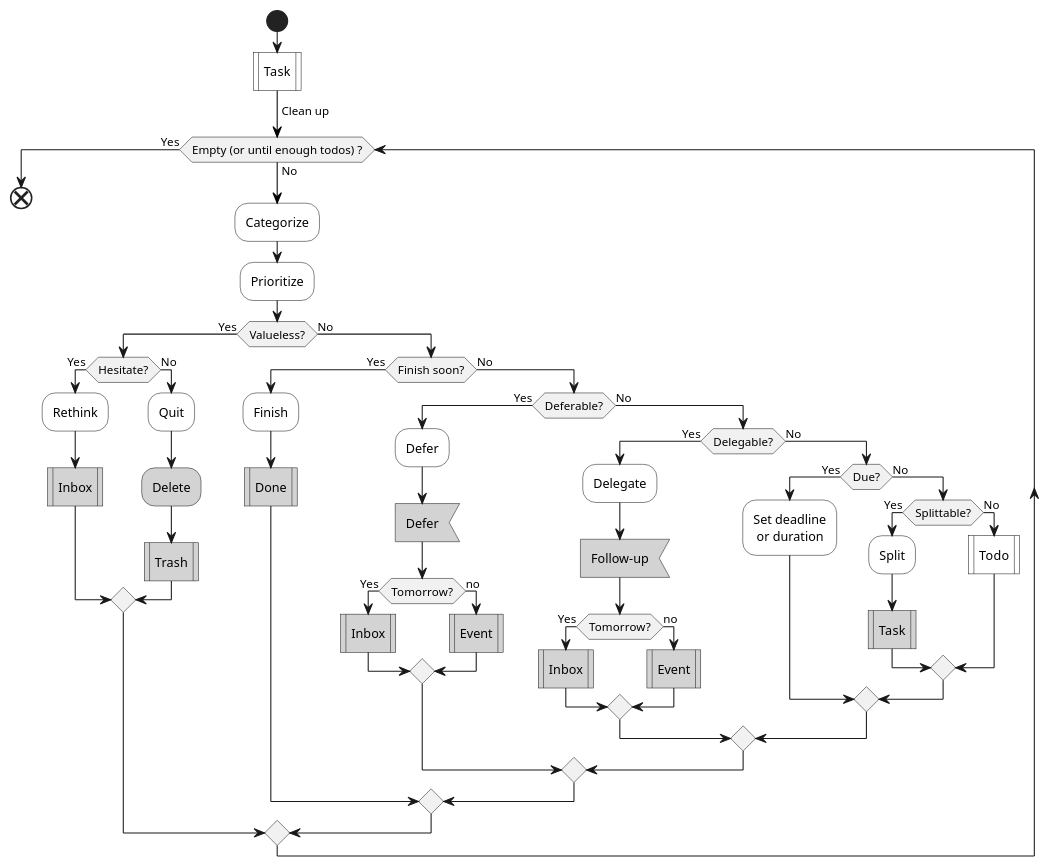
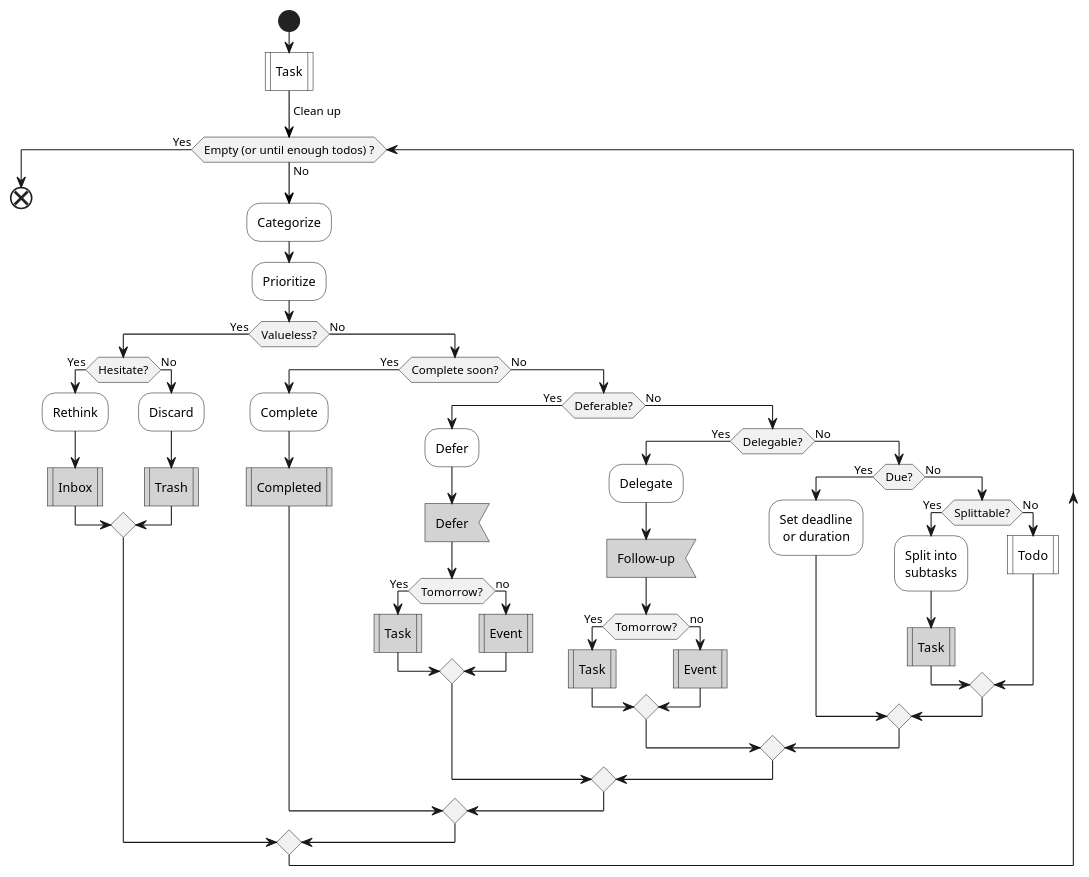
The second of 4 diagrams in lifelogs/rehabilitation.md (IceHe/icehe-lib), drawn with PlantUML before and after one commit. The commit also changed other lines of this file, not shown here.

````diff
--- a/lifelogs/rehabilitation.md
+++ b/lifelogs/rehabilitation.md
@@ -238,63 +241,58 @@
 ```plantuml
 @startuml
 start
 #white:Task|
 -[#black]-> Clean up;
 while (Empty (or until enough todos) ?) is (No)
     #white:Categorize;
     #white:Prioritize;
     if (Valueless?) then (Yes)
         if (Hesitate?) then (Yes)
             #white:Rethink;
             #lightGray:Inbox|
         else (No)
-            #white:Quit;
-            #lightGray:Delete;
+            #white:Discard;
             #lightGray:Trash|
         endif
     else (No)
-        if (Finish soon?) then (Yes)
-            #white:Finish;
-            #lightGray:Done|
+        if (Complete soon?) then (Yes)
+            #white:Complete;
+            #lightGray:Completed|
         else (No)
             if (Deferable?) then (Yes)
                 #white:Defer;
                 #lightGray:Defer<
                 if (Tomorrow?) then (Yes)
-                    #lightGray:Inbox|
+                    #lightGray:Task|
                 else (no)
                     #lightGray:Event|
                 endif
             else (No)
                 if (Delegable?) then (Yes)
                     #white:Delegate;
                     #lightGray:Follow-up<
                     if (Tomorrow?) then (Yes)
-                        #lightGray:Inbox|
+                        #lightGray:Task|
                     else (no)
                         #lightGray:Event|
                     endif
                 else (No)
-                    'if (Event?) then (Yes)
-                    '    #white:Calendar|
-                    'else (No)
-                        if (Due?) then (Yes)
-                            #white:Set deadline\n or duration;
+                    if (Due?) then (Yes)
+                        #white:Set deadline\n or duration;
+                    else (No)
+                        if (Splittable?) then (Yes)
+                            #white:Split into\nsubtasks;
+                            'note right : SMART 法则
+                            #lightGray:Task|
                         else (No)
-                            if (Splittable?) then (Yes)
-                                #white:Split;
-                                'note right : SMART 法则
-                                #lightGray:Task|
-                            else (No)
-                                #white:Todo|
-                            endif
+                            #white:Todo|
                         endif
-                    'endif
+                    endif
                 endif
             endif
         endif
     endif
 endwhile (Yes)
 end
 @enduml
 ```
````
